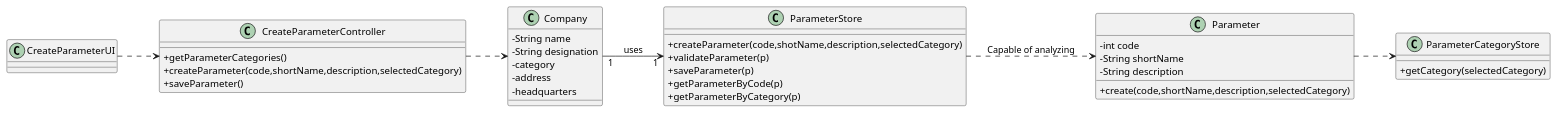
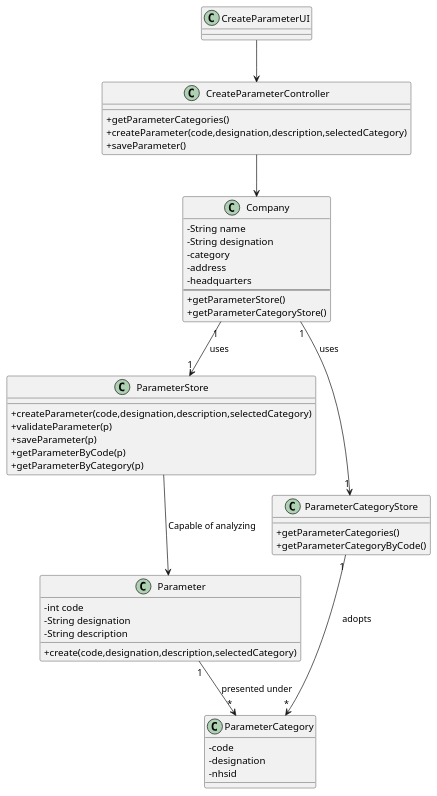
The diagram in docs/SprintB/US10/US10_CD.puml (manu-07-ela/LAPR2_ISEP), drawn with PlantUML before and after one commit. The commit also changed 8 other files, not shown here.

```diff
--- a/docs/SprintB/US10/US10_CD.puml
+++ b/docs/SprintB/US10/US10_CD.puml
@@ -1,49 +1,59 @@
 @startuml
-left to right direction
 skinparam classAttributeIconSize 0
+
+class CreateParameterUI{
+}
+
+class CreateParameterController{
++getParameterCategories()
++createParameter(code,designation,description,selectedCategory)
++saveParameter()
+}
 
 class Company{
 -String name
 -String designation
 -category
 -address
 -headquarters
-}
-
-
-class CreateParameterUI{
-}
-
-class CreateParameterController{
-+getParameterCategories()
-+createParameter(code,shortName,description,selectedCategory)
-+saveParameter()
-}
-
-class Parameter{
-- int code
-- String shortName
-- String description
-+ create(code,shortName,description,selectedCategory)
-
+--
++getParameterStore()
++getParameterCategoryStore()
 }
 
 class ParameterStore {
-+createParameter(code,shotName,description,selectedCategory)
++createParameter(code,designation,description,selectedCategory)
 +validateParameter(p)
 +saveParameter(p)
 +getParameterByCode(p)
 +getParameterByCategory(p)
 }
 
 class ParameterCategoryStore {
-+getCategory(selectedCategory)
++getParameterCategories()
++getParameterCategoryByCode()
 }
 
-CreateParameterUI ..> CreateParameterController
-CreateParameterController ..> Company
-ParameterStore ..> Parameter : Capable of analyzing
-Parameter ..> ParameterCategoryStore
+class Parameter{
+- int code
+- String designation
+- String description
++ create(code,designation,description,selectedCategory)
+}
+
+class ParameterCategory{
+- code
+- designation
+- nhsid
+}
+
+
+CreateParameterUI --> CreateParameterController
+CreateParameterController --> Company
 Company "1" --> "1" ParameterStore : uses
+Company "1" --> "1" ParameterCategoryStore : uses
+ParameterStore --> Parameter : Capable of analyzing
+ParameterCategoryStore "1" --> "*" ParameterCategory : adopts
+Parameter "1" --> "*" ParameterCategory : presented under
 
 @enduml
```
